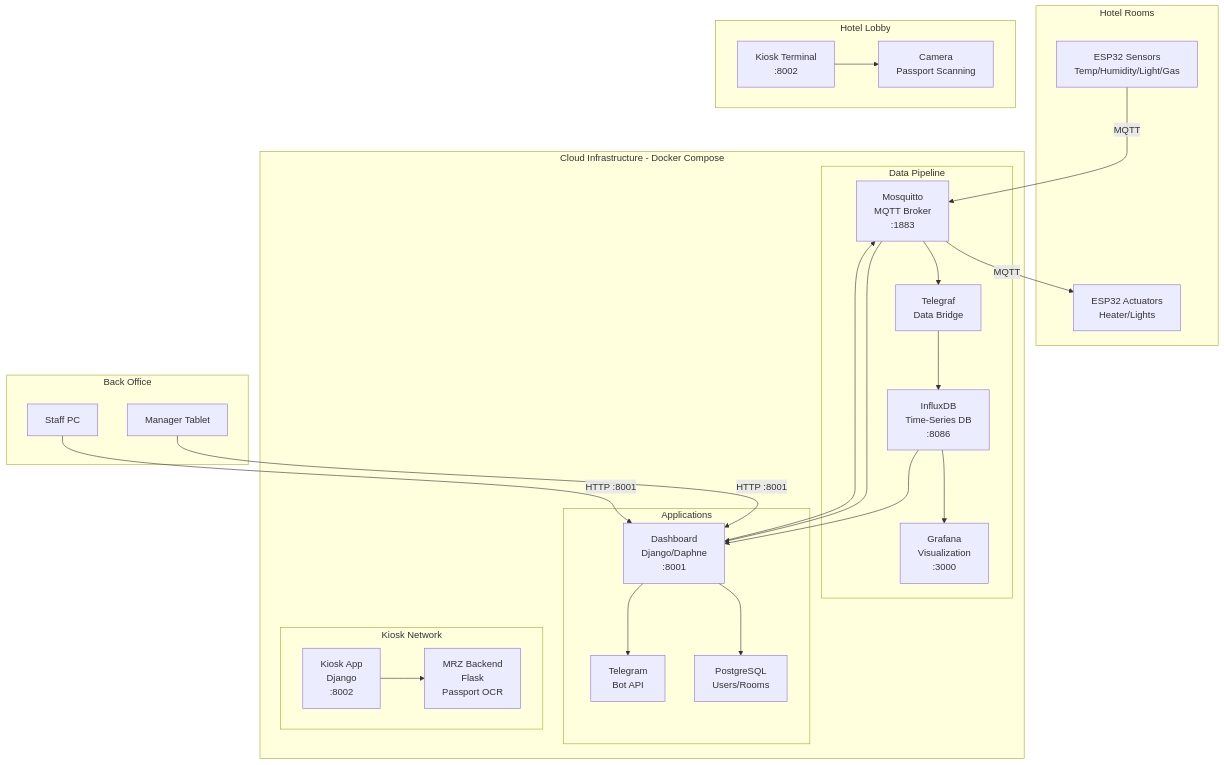
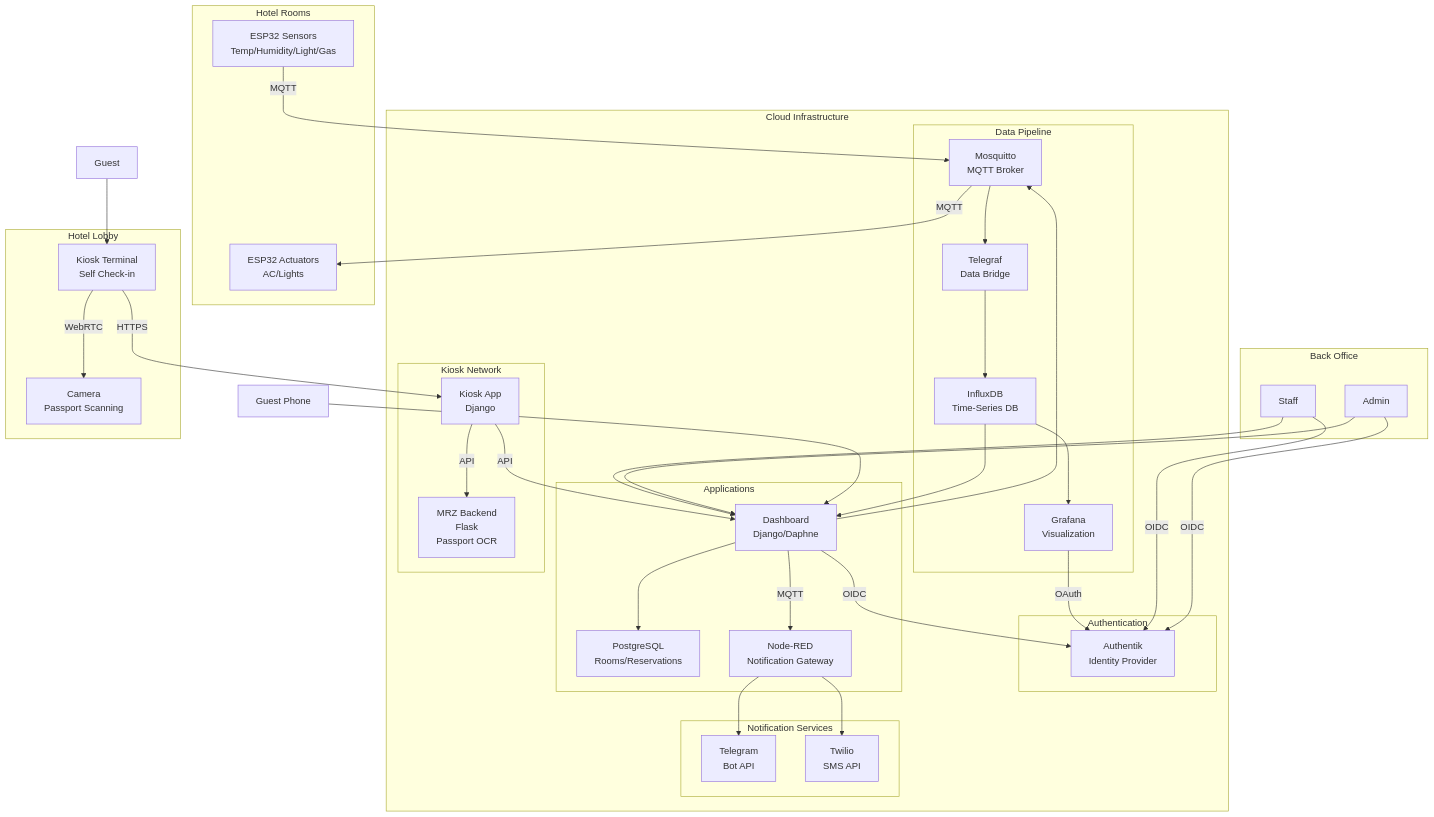
The diagram in README.md (SadDevastator/smart-hotel), drawn with Mermaid before and after one commit. The commit also changed other lines of this file and 31 other files, not shown here.

````diff
--- a/README.md
+++ b/README.md
@@ -44,54 +47,73 @@
 ```mermaid
 flowchart TB
     subgraph HOTEL_ROOMS["Hotel Rooms"]
         ESP32_SENSORS["ESP32 Sensors<br/>Temp/Humidity/Light/Gas"]
-        ESP32_ACTUATORS["ESP32 Actuators<br/>Heater/Lights"]
+        ESP32_ACTUATORS["ESP32 Actuators<br/>AC/Lights"]
     end
 
-    subgraph HOTEL_LOBBY["Hotel Lobby"]
-        KIOSK["Kiosk Terminal<br/>:8002"]
-        CAMERA["Camera<br/>Passport Scanning"]
-    end
+    subgraph CLOUD["Cloud Infrastructure"]
+        subgraph AUTH_LAYER["Authentication"]
+            AUTHENTIK["Authentik<br/>Identity Provider"]
+        end
 
-    subgraph CLOUD["Cloud Infrastructure - Docker Compose"]
+        subgraph APPLICATIONS["Applications"]
+            DASHBOARD["Dashboard<br/>Django/Daphne"]
+            POSTGRES["PostgreSQL<br/>Rooms/Reservations"]
+            NODERED["Node-RED<br/>Notification Gateway"]
+        end
+
+        subgraph NOTIFICATIONS["Notification Services"]
+            TELEGRAM["Telegram<br/>Bot API"]
+            TWILIO["Twilio<br/>SMS API"]
+        end
+
         subgraph DATA_PIPELINE["Data Pipeline"]
-            MOSQUITTO["Mosquitto<br/>MQTT Broker<br/>:1883"]
+            MOSQUITTO["Mosquitto<br/>MQTT Broker"]
             TELEGRAF["Telegraf<br/>Data Bridge"]
-            INFLUXDB["InfluxDB<br/>Time-Series DB<br/>:8086"]
-            GRAFANA["Grafana<br/>Visualization<br/>:3000"]
-        end
-        
-        subgraph APPLICATIONS["Applications"]
-            DASHBOARD["Dashboard<br/>Django/Daphne<br/>:8001"]
-            POSTGRES["PostgreSQL<br/>Users/Rooms"]
-            TELEGRAM["Telegram<br/>Bot API"]
+            INFLUXDB["InfluxDB<br/>Time-Series DB"]
+            GRAFANA["Grafana<br/>Visualization"]
         end
         
         subgraph KIOSK_NETWORK["Kiosk Network"]
-            KIOSK_APP["Kiosk App<br/>Django<br/>:8002"]
+            KIOSK_APP["Kiosk App<br/>Django"]
             MRZ_BACKEND["MRZ Backend<br/>Flask<br/>Passport OCR"]
         end
     end
 
     subgraph BACK_OFFICE["Back Office"]
-        STAFF_PC["Staff PC"]
-        MANAGER_TABLET["Manager Tablet"]
+        STAFF["Staff"]
+        Admin["Admin"]
+    end
+
+    subgraph HOTEL_LOBBY["Hotel Lobby"]
+        KIOSK["Kiosk Terminal<br/>Self Check-in"]
+        CAMERA["Camera<br/>Passport Scanning"]
     end
 
     ESP32_SENSORS -->|MQTT| MOSQUITTO
     MOSQUITTO -->|MQTT| ESP32_ACTUATORS
     MOSQUITTO --> TELEGRAF
     TELEGRAF --> INFLUXDB
     INFLUXDB --> GRAFANA
-    MOSQUITTO --> DASHBOARD
+    INFLUXDB --> DASHBOARD
     DASHBOARD --> POSTGRES
-    DASHBOARD --> TELEGRAM
+    DASHBOARD -->|MQTT| NODERED
     DASHBOARD --> MOSQUITTO
-    INFLUXDB --> DASHBOARD
+    DASHBOARD -->|OIDC| AUTHENTIK
+    GRAFANA -->|OAuth| AUTHENTIK
     
-    KIOSK --> CAMERA
-    KIOSK_APP --> MRZ_BACKEND
+    NODERED --> TELEGRAM
+    NODERED --> TWILIO
     
-    STAFF_PC -->|HTTP :8001| DASHBOARD
-    MANAGER_TABLET -->|HTTP :8001| DASHBOARD
+    KIOSK -->|WebRTC| CAMERA
+    KIOSK -->|HTTPS| KIOSK_APP
+    KIOSK_APP -->|API| MRZ_BACKEND
+    KIOSK_APP -->|API| DASHBOARD
+    
+    STAFF -->|OIDC| AUTHENTIK
+    Admin -->|OIDC| AUTHENTIK
+    STAFF --> DASHBOARD
+    Admin --> DASHBOARD
+    GUEST["Guest"] --> KIOSK
+    GUEST_PHONE["Guest Phone"] --> DASHBOARD
 ```
````
